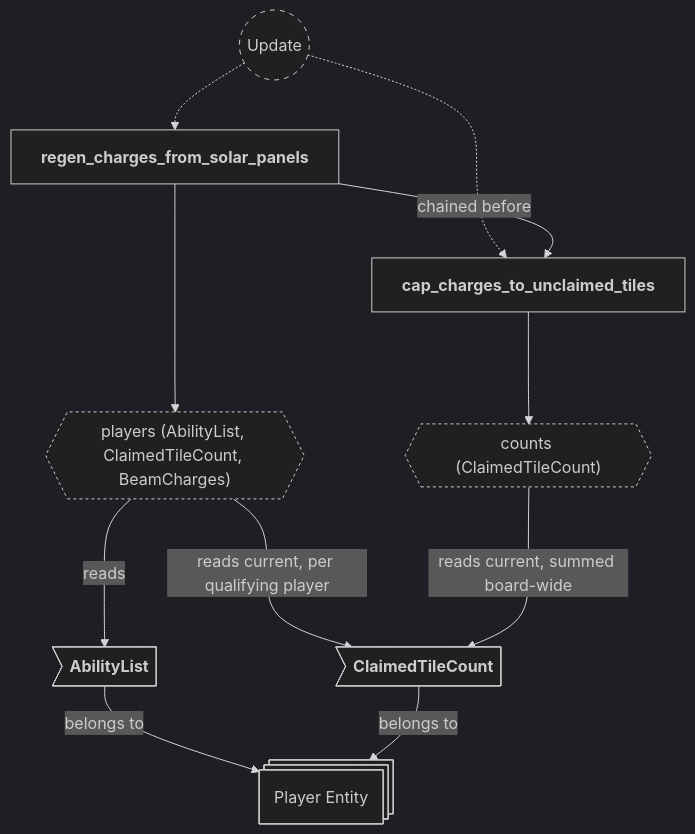
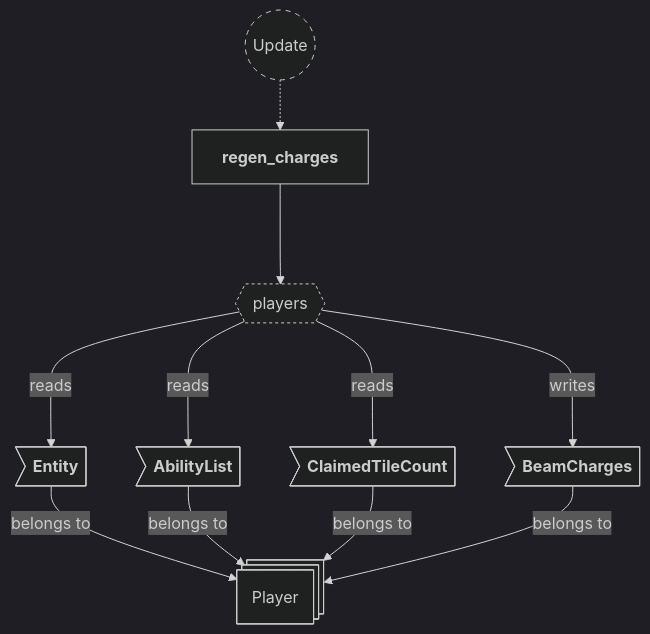
One commit to neurosoup/tyled changed the third of 6 diagrams in backlog/docs/doc-23 - 021-Charge-plugin.md. Above: the diagram before and after it, drawn with Mermaid. The commit also changed other lines of this file and 2 other files, not shown here.

Commit message:
Docs: update doc-23 charge plugin; rename regen_charges_from_solar_panels to regen_charges

````diff
--- a/backlog/docs/doc-23 - 021-Charge-plugin.md
+++ b/backlog/docs/doc-23 - 021-Charge-plugin.md
@@ -132,32 +128,30 @@
 ```mermaid
 ---
 config:
   theme: dark
 ---
 
 flowchart TD
 classDef system-group stroke-dasharray: 5 5
 classDef query stroke-dasharray: 3 3
 
 update(("`Update`")):::system-group
-regen["`**regen_charges_from_solar_panels**`"]
-cap["`**cap_charges_to_unclaimed_tiles**`"]
+regen["`**regen_charges**`"]
 
 update -.-> regen
-update -.-> cap
-regen --> |chained before| cap
 
-players_query{{"`players (AbilityList, ClaimedTileCount, BeamCharges)`"}}:::query
-counts_query{{"`counts (ClaimedTileCount)`"}}:::query
+players_query{{"`players`"}}:::query
 regen ---> players_query
-cap ---> counts_query
 
-player_entity@{ shape: st-rect, label: "Player Entity" }
+player_entity@{ shape: st-rect, label: "Player" }
 
-ability_list>"`**AbilityList**`"] --> |belongs to| player_entity
-claimed_tile_count>"`**ClaimedTileCount**`"] --> |belongs to| player_entity
+pe_entity>"`**Entity**`"] --> |belongs to| player_entity
+pe_ability_list>"`**AbilityList**`"] --> |belongs to| player_entity
+pe_tile_count>"`**ClaimedTileCount**`"] --> |belongs to| player_entity
+pe_beam_charges>"`**BeamCharges**`"] --> |belongs to| player_entity
 
-players_query ---> |reads| ability_list
-players_query ---> |reads current, per qualifying player| claimed_tile_count
-counts_query ---> |reads current, summed board-wide| claimed_tile_count
+players_query ---> |reads| pe_entity
+players_query ---> |reads| pe_ability_list
+players_query ---> |reads| pe_tile_count
+players_query ---> |writes| pe_beam_charges
 ```
````
